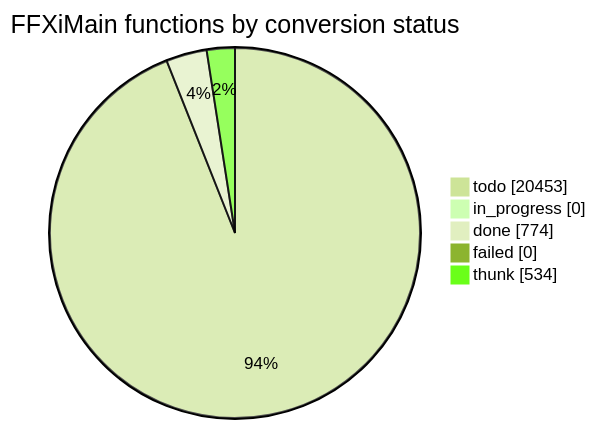
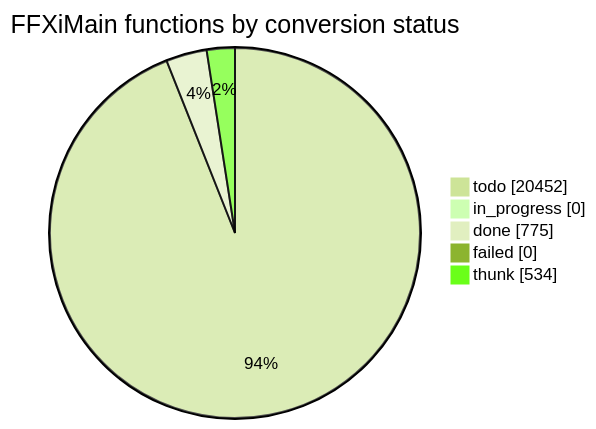
One commit to cowrevenge/cow_kuluu_xi_anything changed the diagram in docs/cow/STATUS.md. Above: the diagram before and after it, drawn with Mermaid (forest theme). The commit also changed other lines of this file and 9 other files, not shown here.

````diff
--- a/docs/cow/STATUS.md
+++ b/docs/cow/STATUS.md
@@ -18,9 +18,9 @@
 ```mermaid
 pie showData
     title FFXiMain functions by conversion status
-    "todo" : 20453
+    "todo" : 20452
     "in_progress" : 0
-    "done" : 774
+    "done" : 775
     "failed" : 0
     "thunk" : 534
 ```
````
